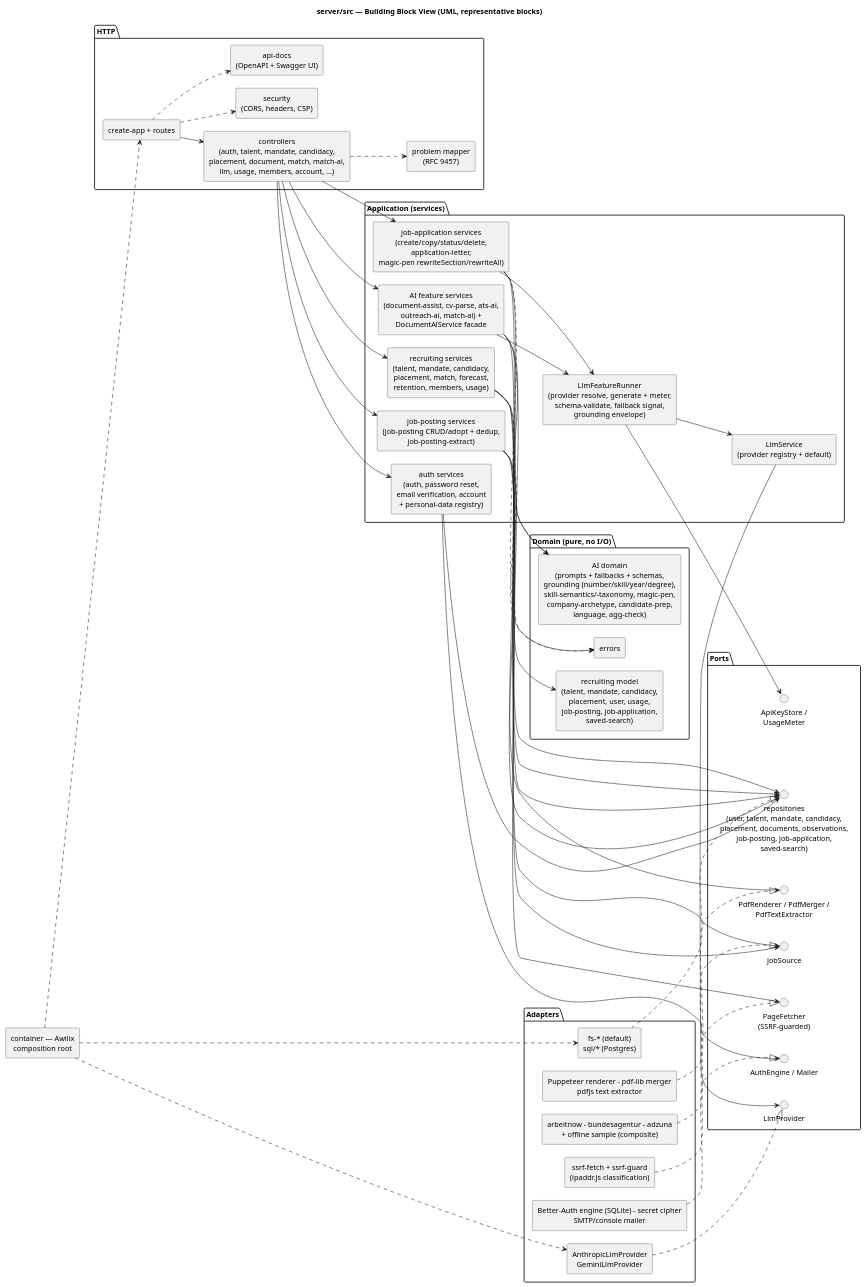
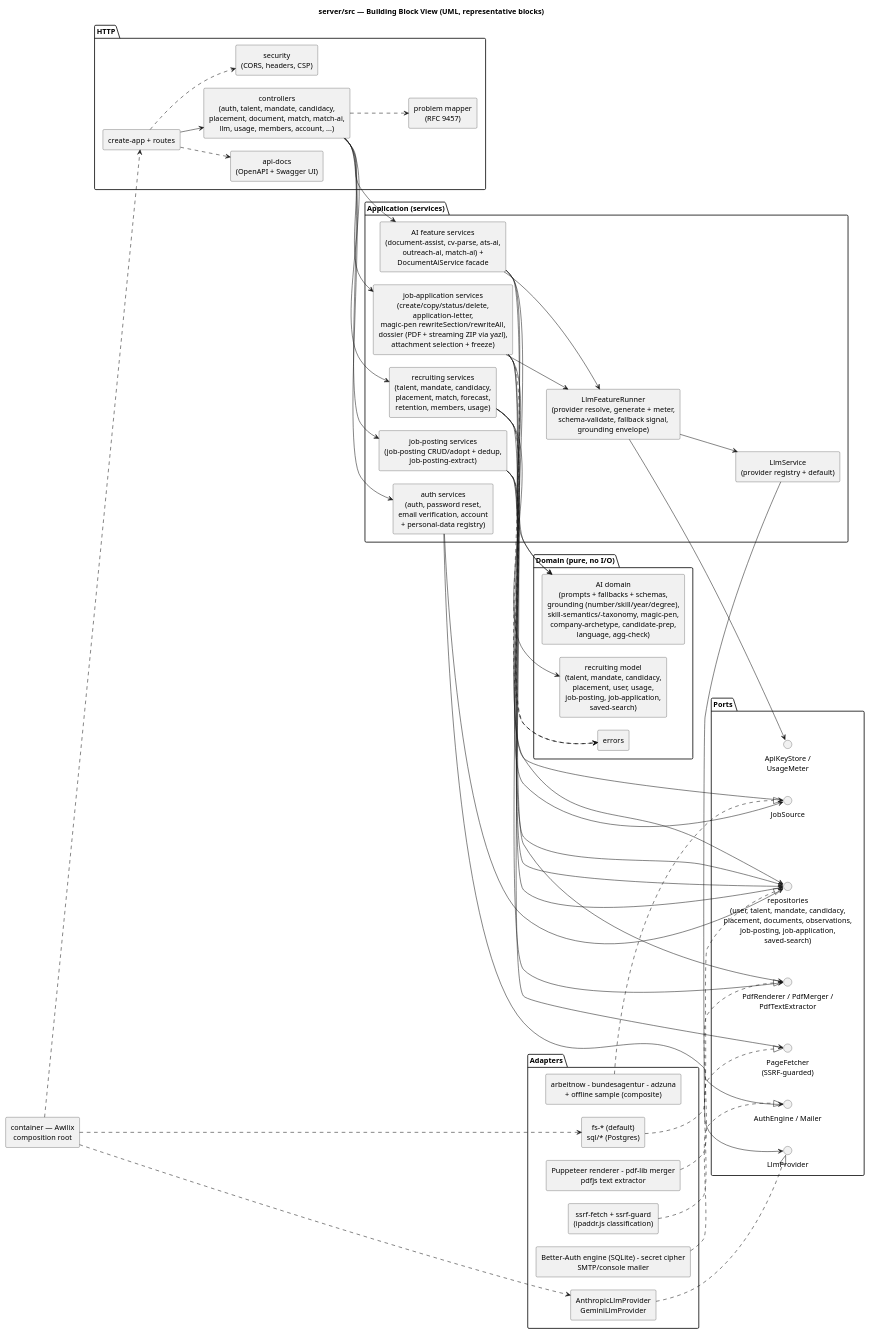
The diagram in docs/umls/05_building_blocks.puml (NexusHero/Resume), drawn with PlantUML before and after one commit. The commit also changed 55 other files, not shown here.

```diff
--- a/docs/umls/05_building_blocks.puml
+++ b/docs/umls/05_building_blocks.puml
@@ -1,98 +1,99 @@
 @startuml 05_building_blocks
 title server/src — Building Block View (UML, representative blocks)
 
 skinparam shadowing false
 skinparam componentStyle rectangle
 skinparam defaultTextAlignment center
 skinparam nodesep 25
 skinparam ranksep 45
 left to right direction
 
 package "HTTP" {
   [create-app + routes] as App
   [controllers\n(auth, talent, mandate, candidacy,\nplacement, document, match, match-ai,\nllm, usage, members, account, ...)] as Ctrl
   [problem mapper\n(RFC 9457)] as Problem
   [security\n(CORS, headers, CSP)] as Security
   [api-docs\n(OpenAPI + Swagger UI)] as Docs
 }
 
 package "Application (services)" {
   [LlmFeatureRunner\n(provider resolve, generate + meter,\nschema-validate, fallback signal,\ngrounding envelope)] as Runner
   [AI feature services\n(document-assist, cv-parse, ats-ai,\noutreach-ai, match-ai) +\nDocumentAiService facade] as AiSvc
   [recruiting services\n(talent, mandate, candidacy,\nplacement, match, forecast,\nretention, members, usage)] as RecSvc
   [job-posting services\n(job-posting CRUD/adopt + dedup,\njob-posting-extract)] as JobPostingSvc
-  [job-application services\n(create/copy/status/delete,\napplication-letter,\nmagic-pen rewriteSection/rewriteAll)] as JobAppSvc
+  [job-application services\n(create/copy/status/delete,\napplication-letter,\nmagic-pen rewriteSection/rewriteAll,\ndossier (PDF + streaming ZIP via yazl),\nattachment selection + freeze)] as JobAppSvc
   [auth services\n(auth, password reset,\nemail verification, account\n+ personal-data registry)] as AuthSvc
   [LlmService\n(provider registry + default)] as LlmSvc
 }
 
 package "Domain (pure, no I/O)" {
   [recruiting model\n(talent, mandate, candidacy,\nplacement, user, usage,\njob-posting, job-application,\nsaved-search)] as Model
   [AI domain\n(prompts + fallbacks + schemas,\ngrounding (number/skill/year/degree),\nskill-semantics/-taxonomy, magic-pen,\ncompany-archetype, candidate-prep,\nlanguage, agg-check)] as AiDomain
   [errors] as DomainErrors
 }
 
 package "Ports" {
   interface "repositories\n(user, talent, mandate, candidacy,\nplacement, documents, observations,\njob-posting, job-application,\nsaved-search)" as Repos
   interface LlmProvider
   interface "ApiKeyStore /\nUsageMeter" as Keys
   interface "AuthEngine / Mailer" as AuthPorts
   interface "PdfRenderer / PdfMerger /\nPdfTextExtractor" as PdfPorts
   interface JobSource
   interface "PageFetcher\n(SSRF-guarded)" as PageFetcher
 }
 
 package "Adapters" {
   [fs-* (default)\nsql/* (Postgres)] as StoreAdapters
   [AnthropicLlmProvider\nGeminiLlmProvider] as LlmAdapters
   [Better-Auth engine (SQLite) - secret cipher\nSMTP/console mailer] as AuthAdapters
   [Puppeteer renderer - pdf-lib merger\npdfjs text extractor] as PdfAdapters
   [arbeitnow - bundesagentur - adzuna\n+ offline sample (composite)] as JobAdapters
   [ssrf-fetch + ssrf-guard\n(ipaddr.js classification)] as SsrfAdapter
 }
 
 [container — Awilix\ncomposition root] as Container
 
 App --> Ctrl
 App ..> Security
 App ..> Docs
 Ctrl ..> Problem
 Ctrl --> AiSvc
 Ctrl --> RecSvc
 Ctrl --> AuthSvc
 Ctrl --> JobPostingSvc
 Ctrl --> JobAppSvc
 AiSvc --> Runner
 Runner --> LlmSvc
 Runner --> Keys
 AiSvc --> AiDomain
 RecSvc --> Model
 AuthSvc --> AuthPorts
 AiSvc --> Repos
 RecSvc --> Repos
 AuthSvc --> Repos
 JobPostingSvc --> Repos
 JobPostingSvc --> JobSource
 JobPostingSvc --> PageFetcher
 JobAppSvc --> Repos
 JobAppSvc --> Runner
 JobAppSvc --> AiDomain
 RecSvc ..> DomainErrors
 JobPostingSvc ..> DomainErrors
 JobAppSvc ..> DomainErrors
 AiSvc --> PdfPorts
+JobAppSvc --> PdfPorts
 RecSvc --> JobSource
 LlmSvc --> LlmProvider
 
 StoreAdapters ..|> Repos
 LlmAdapters ..|> LlmProvider
 AuthAdapters ..|> AuthPorts
 PdfAdapters ..|> PdfPorts
 JobAdapters ..|> JobSource
 SsrfAdapter ..|> PageFetcher
 
 Container ..> StoreAdapters
 Container ..> LlmAdapters
 Container ..> App
 
 @enduml
```
